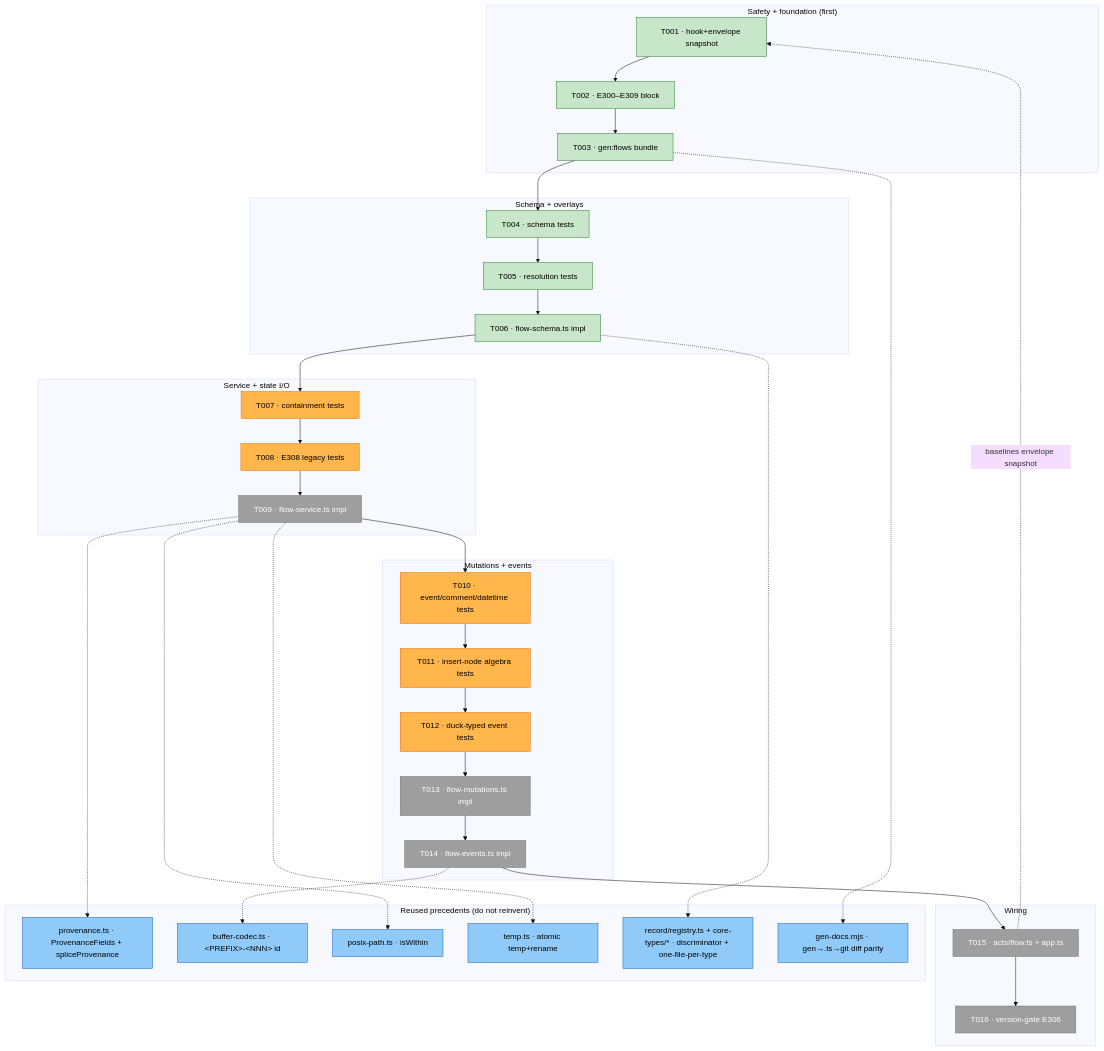
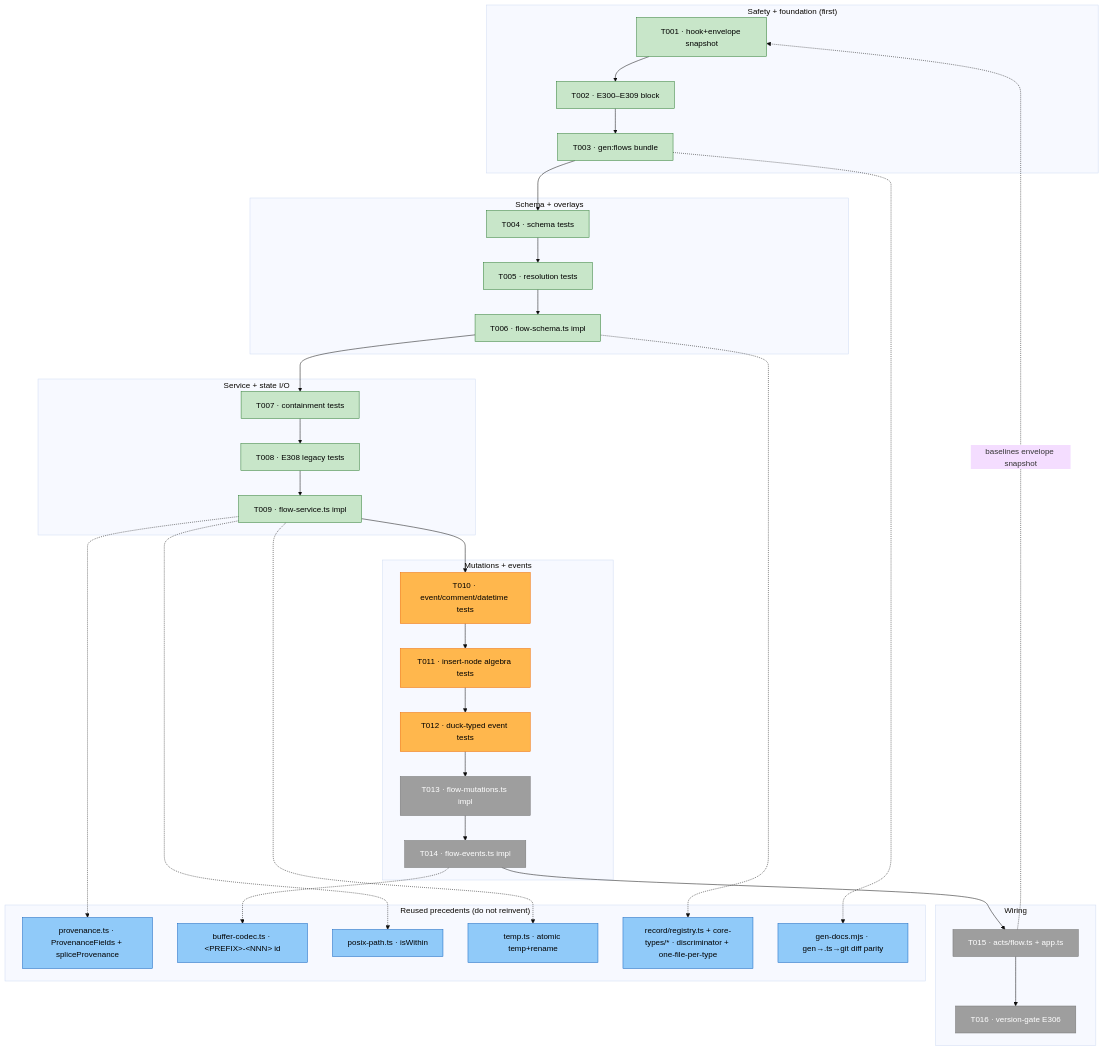
The first of 3 diagrams in docs/plans/024-first-class-flow-system/tasks/phase-1-flow-engine-schema-state-mutations-event-log/tasks.md (AI-Substrate/harness-engineering), drawn with Mermaid (base theme) before and after one commit. The commit also changed other lines of this file and 11 other files, not shown here.

First line of the commit message:
feat(024): flow-service create/new/show/list + atomic temp+rename + E308 [T007,T008,T009]

````diff
--- a/docs/plans/024-first-class-flow-system/tasks/phase-1-flow-engine-schema-state-mutations-event-log/tasks.md
+++ b/docs/plans/024-first-class-flow-system/tasks/phase-1-flow-engine-schema-state-mutations-event-log/tasks.md
@@ -63,61 +63,61 @@
 ```mermaid
 flowchart TD
     classDef pending fill:#9E9E9E,stroke:#757575,color:#fff
     classDef test fill:#FFB74D,stroke:#EF6C00,color:#000
     classDef reuse fill:#90CAF9,stroke:#1565C0,color:#000
     classDef completed fill:#C8E6C9,stroke:#2E7D32,color:#000
     classDef inprogress fill:#FFE0B2,stroke:#EF6C00,color:#000
 
     subgraph Sensors["Safety + foundation (first)"]
         T001["T001 · hook+envelope snapshot"]:::completed
         T002["T002 · E300–E309 block"]:::completed
         T003["T003 · gen:flows bundle"]:::completed
     end
 
     subgraph Schema["Schema + overlays"]
         T004["T004 · schema tests"]:::completed
         T005["T005 · resolution tests"]:::completed
         T006["T006 · flow-schema.ts impl"]:::completed
     end
 
     subgraph State["Service + state I/O"]
-        T007["T007 · containment tests"]:::test
-        T008["T008 · E308 legacy tests"]:::test
-        T009["T009 · flow-service.ts impl"]:::pending
+        T007["T007 · containment tests"]:::completed
+        T008["T008 · E308 legacy tests"]:::completed
+        T009["T009 · flow-service.ts impl"]:::completed
     end
 
     subgraph Mut["Mutations + events"]
         T010["T010 · event/comment/datetime tests"]:::test
         T011["T011 · insert-node algebra tests"]:::test
         T012["T012 · duck-typed event tests"]:::test
         T013["T013 · flow-mutations.ts impl"]:::pending
         T014["T014 · flow-events.ts impl"]:::pending
     end
 
     subgraph Wire["Wiring"]
         T015["T015 · acts/flow.ts + app.ts"]:::pending
         T016["T016 · version-gate E306"]:::pending
     end
 
     T001 --> T002 --> T003 --> T004 --> T005 --> T006
     T006 --> T007 --> T008 --> T009
     T009 --> T010 --> T011 --> T012 --> T013 --> T014
     T014 --> T015 --> T016
     T015 -. baselines envelope snapshot .-> T001
 
     subgraph Reuse["Reused precedents (do not reinvent)"]
         R1["provenance.ts · ProvenanceFields + spliceProvenance"]:::reuse
         R2["buffer-codec.ts · &lt;PREFIX&gt;-&lt;NNN&gt; id"]:::reuse
         R3["posix-path.ts · isWithin"]:::reuse
         R4["temp.ts · atomic temp+rename"]:::reuse
         R5["record/registry.ts + core-types/* · discriminator + one-file-per-type"]:::reuse
         R6["gen-docs.mjs · gen→.ts→git diff parity"]:::reuse
     end
 
     T009 -.-> R1
     T009 -.-> R3
     T009 -.-> R4
     T014 -.-> R2
     T006 -.-> R5
     T003 -.-> R6
 ```
````
